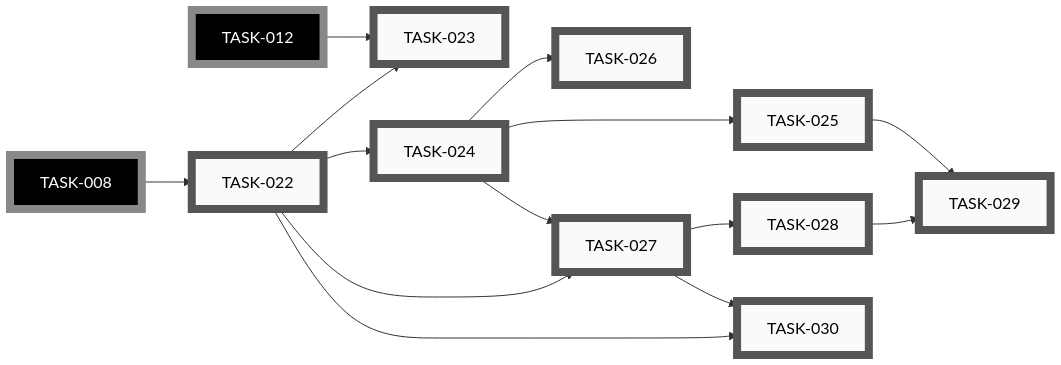
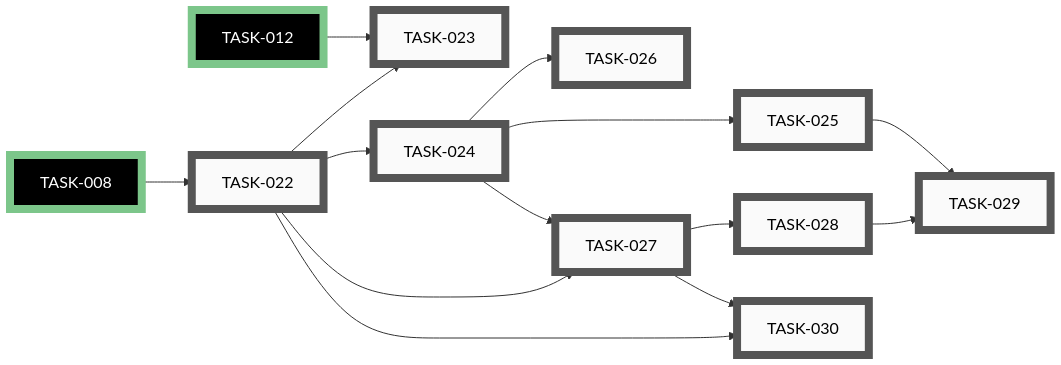
One commit to tgd1975/CircuitSmith changed the third of 11 diagrams in docs/developers/tasks/EPICS.md. Above: the diagram before and after it, drawn with Mermaid. The commit also changed other lines of this file and 100 other files, not shown here.

````diff
--- a/docs/developers/tasks/EPICS.md
+++ b/docs/developers/tasks/EPICS.md
@@ -191,46 +192,46 @@
 ```mermaid
 graph LR
     TASK_022["TASK-022"]:::open
     TASK_023["TASK-023"]:::open
     TASK_024["TASK-024"]:::open
     TASK_025["TASK-025"]:::open
     TASK_026["TASK-026"]:::open
     TASK_027["TASK-027"]:::open
     TASK_028["TASK-028"]:::open
     TASK_029["TASK-029"]:::open
     TASK_030["TASK-030"]:::open
-    TASK_008["TASK-008"]:::openExt
-    TASK_012["TASK-012"]:::openExt
+    TASK_008["TASK-008"]:::closedExt
+    TASK_012["TASK-012"]:::closedExt
     TASK_008 --> TASK_022
     TASK_022 --> TASK_023
     TASK_012 --> TASK_023
     TASK_022 --> TASK_024
     TASK_024 --> TASK_025
     TASK_024 --> TASK_026
     TASK_022 --> TASK_027
     TASK_024 --> TASK_027
     TASK_027 --> TASK_028
     TASK_028 --> TASK_029
     TASK_025 --> TASK_029
     TASK_022 --> TASK_030
     TASK_027 --> TASK_030
     click TASK_022 "open/task-022-implement-erc-engine.md"
     click TASK_023 "open/task-023-integrate-erc-into-renderer-pipeline.md"
     click TASK_024 "open/task-024-seed-rule-catalog-rules-json.md"
     click TASK_025 "open/task-025-write-validate-catalog-script.md"
     click TASK_026 "open/task-026-write-knowledge-backlog.md"
     click TASK_027 "open/task-027-wire-catalog-into-erc-report.md"
     click TASK_028 "open/task-028-write-erc-report-and-document-e9.md"
     click TASK_029 "open/task-029-extend-ci-staleness-and-erc-gate.md"
     click TASK_030 "open/task-030-write-erc-checks-reference-doc.md"
-    click TASK_008 "open/task-008-implement-netgraph-data-model.md"
-    click TASK_012 "open/task-012-implement-renderer.md"
+    click TASK_008 "closed/task-008-implement-netgraph-data-model.md"
+    click TASK_012 "closed/task-012-implement-renderer.md"
     classDef open    fill:#FAFAFA,stroke:#555,stroke-width:8px,color:#000
     classDef active  fill:#FAFAFA,stroke:#1A6FA8,stroke-width:8px,color:#000
     classDef closed  fill:#FAFAFA,stroke:#3F8B53,stroke-width:8px,color:#000
     classDef paused  fill:#FAFAFA,stroke:#B07810,stroke-width:8px,color:#000
     classDef openExt    fill:#000,stroke:#888,stroke-width:8px,color:#FFF
     classDef activeExt  fill:#000,stroke:#3FA9F5,stroke-width:8px,color:#FFF
     classDef closedExt  fill:#000,stroke:#7CC68A,stroke-width:8px,color:#FFF
     classDef pausedExt  fill:#000,stroke:#F0B030,stroke-width:8px,color:#FFF
 ```
````
